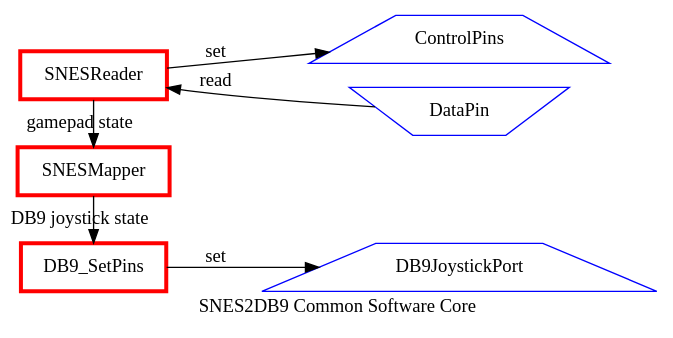
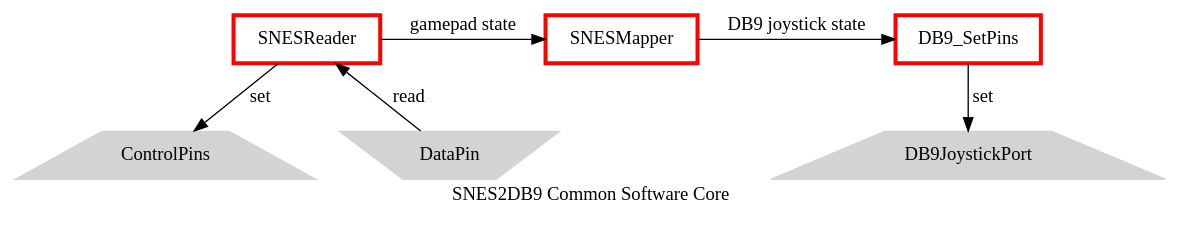
Before and after one commit to simonsunnyboy/SNES2DB9: the diagram in spec/graphs/system_diagram.dot, drawn with Graphviz.

Commit message:
- reorder and beautify nodes in system overview diagram

```diff
--- a/spec/graphs/system_diagram.dot
+++ b/spec/graphs/system_diagram.dot
@@ -1,31 +1,30 @@
 digraph
 {
-    label="SNES2DB9 Common Software Core";
+    label="SNES2DB9 Common Software Core";         
+           
+	/* software related nodes on top */
+	
+	SNESReader  [shape=box,color=red,penwidth=3];
+	SNESMapper  [shape=box,color=red,penwidth=3];
+	DB9_SetPins [shape=box,color=red,penwidth=3];
+	
+	/* hardware related nodes on bottom */
+
+	DB9JoystickPort [shape=polygon,sides=4,distortion=-.7,color=lightgrey, style = filled];
+	ControlPins [shape=polygon,sides=4,distortion=-.7,color=lightgrey, style=filled];  /* output node */
+	DataPin [shape=polygon,sides=4,distortion=.7,color=lightgrey, style=filled];       /* input node */
     
-    rankdir=LR; // Left to Right, instead of Top to Bottom
-    
-           
-	SNESReader -> ControlPins[label="set"];
+    /* dependencies between nodes */
+    SNESReader -> ControlPins[label="set"];
 	DataPin -> SNESReader[label="read"];
 
 	SNESReader -> SNESMapper[label="gamepad state"];
 
 	SNESMapper -> DB9_SetPins[label="DB9 joystick state"];
 
 	DB9_SetPins -> DB9JoystickPort[label="set"];
-
-
-	/* software related nodes */
-	
-	SNESReader  [shape=box,color=red,penwidth=3];
-	SNESMapper  [shape=box,color=red,penwidth=3];
-	DB9_SetPins [shape=box,color=red,penwidth=3];
-	
-	/* hardware related nodes */
-	ControlPins [shape=polygon,sides=4,distortion=-.7,color=blue];
-	DataPin [shape=polygon,sides=4,distortion=.7,color=blue];
-	DB9JoystickPort [shape=polygon,sides=4,distortion=-.7,color=blue];
     
-    { rank=same; ControlPins; DataPin };
+    /* group nodes */
+    { rank=same; ControlPins; DataPin; DB9JoystickPort };
     { rank=same; SNESReader; SNESMapper; DB9_SetPins };
 }
```
